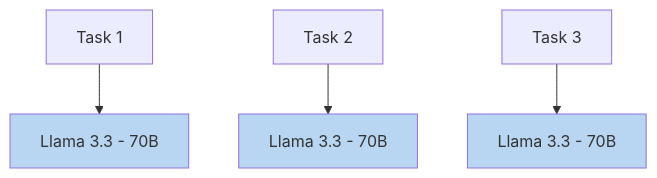
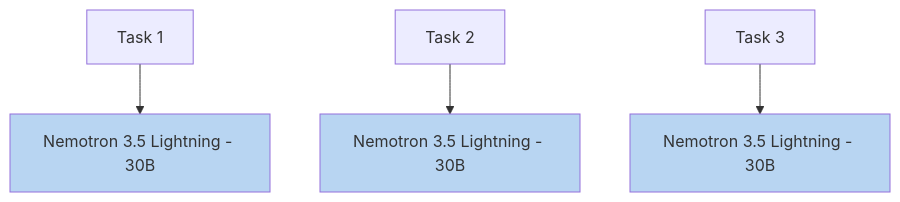
Before and after one commit to NVIDIA-NeMo/nemo-helix: the first of 3 diagrams in docs/customizer/about.mdx, drawn with Mermaid. The commit also changed other lines of this file and 47 other files, not shown here.

````diff
--- a/docs/customizer/about.mdx
+++ b/docs/customizer/about.mdx
@@ -37,14 +37,14 @@
 ```mermaid
 ---
 caption: Traditional Fine-Tuning
 ---
 flowchart TD
- T1[Task 1] --> M1[Llama 3.3 - 70B]
- T2[Task 2] --> M2[Llama 3.3 - 70B]
- T3[Task 3] --> M3[Llama 3.3 - 70B]
+ T1[Task 1] --> M1[Nemotron 3.5 Lightning - 30B]
+ T2[Task 2] --> M2[Nemotron 3.5 Lightning - 30B]
+ T3[Task 3] --> M3[Nemotron 3.5 Lightning - 30B]
 
  style M1 fill:#B8D5F2
  style M2 fill:#B8D5F2
  style M3 fill:#B8D5F2
 
 ```
````
